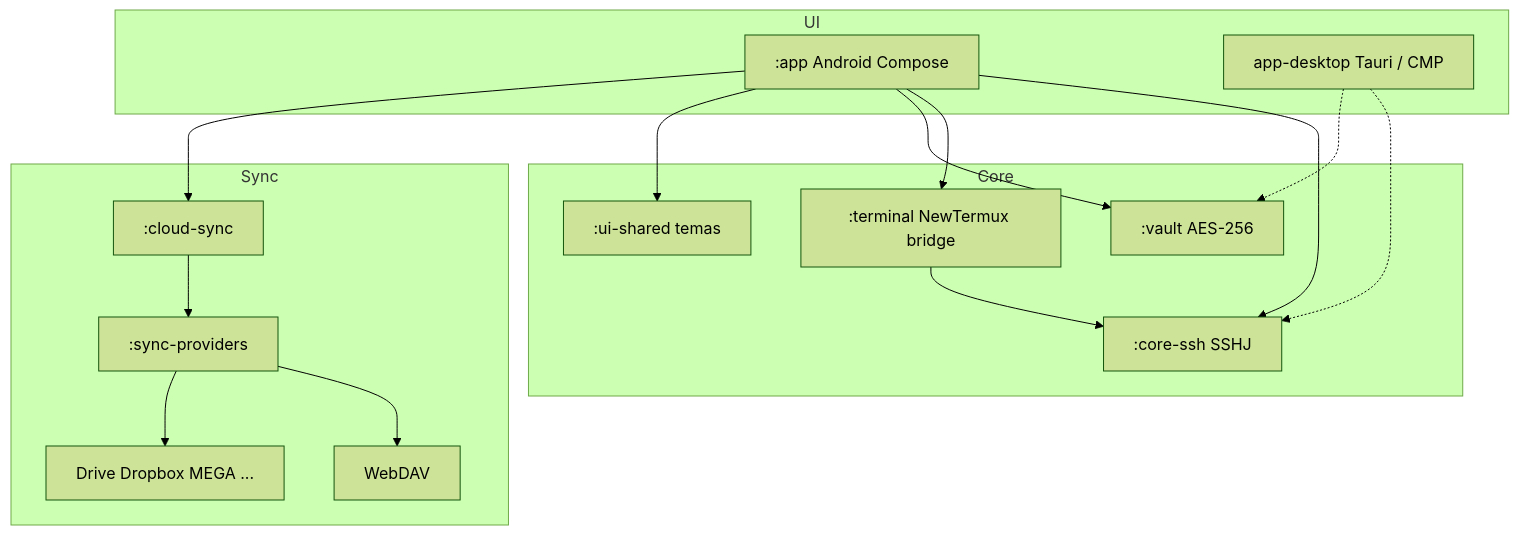
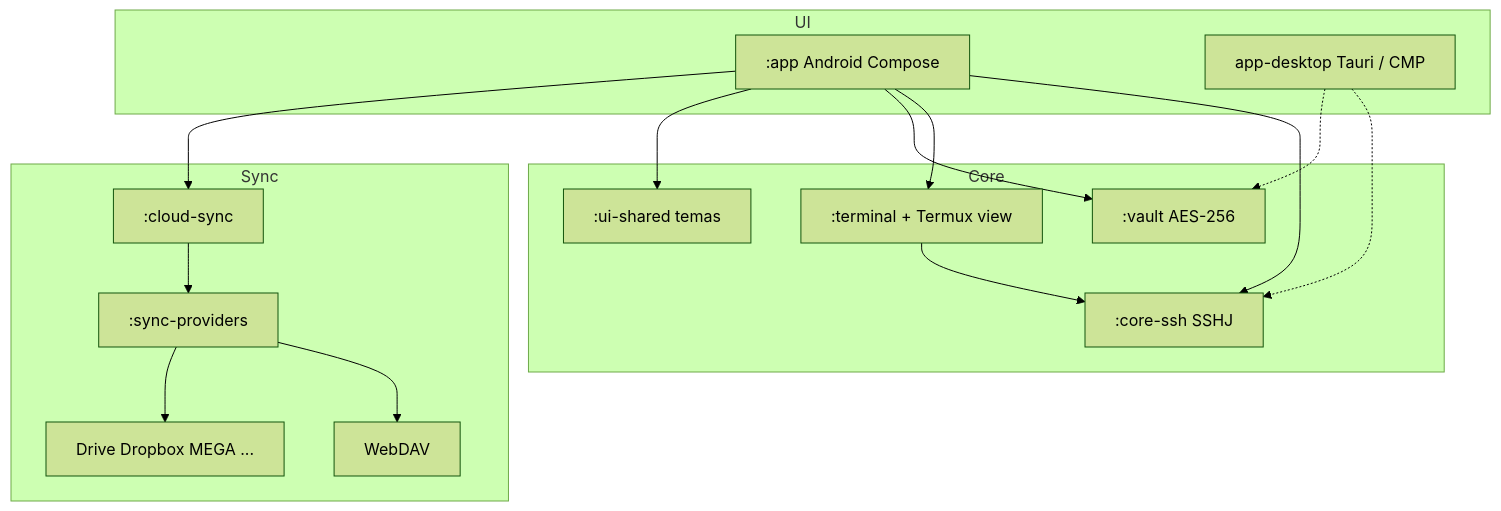
Before and after one commit to pilahito/AdministradorArchivos: the diagram in README.md, drawn with Mermaid (forest theme). The commit also changed other lines of this file and 20 other files, not shown here.

First line of the commit message:
Termius-like OSS: TerminalView Termux + UI mockup

````diff
--- a/README.md
+++ b/README.md
@@ -33,30 +37,30 @@
 ```mermaid
 flowchart TB
   subgraph UI
     APP[:app Android Compose]
     DESK[app-desktop Tauri / CMP]
   end
   subgraph Core
     SSH[:core-ssh SSHJ]
-    TERM[:terminal NewTermux bridge]
+    TERM[:terminal + Termux view]
     VAULT[:vault AES-256]
     UI_SH[:ui-shared temas]
   end
   subgraph Sync
     ORCH[:cloud-sync]
     PROV[:sync-providers]
     WD[WebDAV]
     ST[Drive Dropbox MEGA ...]
   end
   APP --> SSH
   APP --> TERM
   APP --> VAULT
   APP --> UI_SH
   APP --> ORCH
   DESK -.-> SSH
   DESK -.-> VAULT
   ORCH --> PROV
   PROV --> WD
   PROV --> ST
   TERM --> SSH
 ```
````
